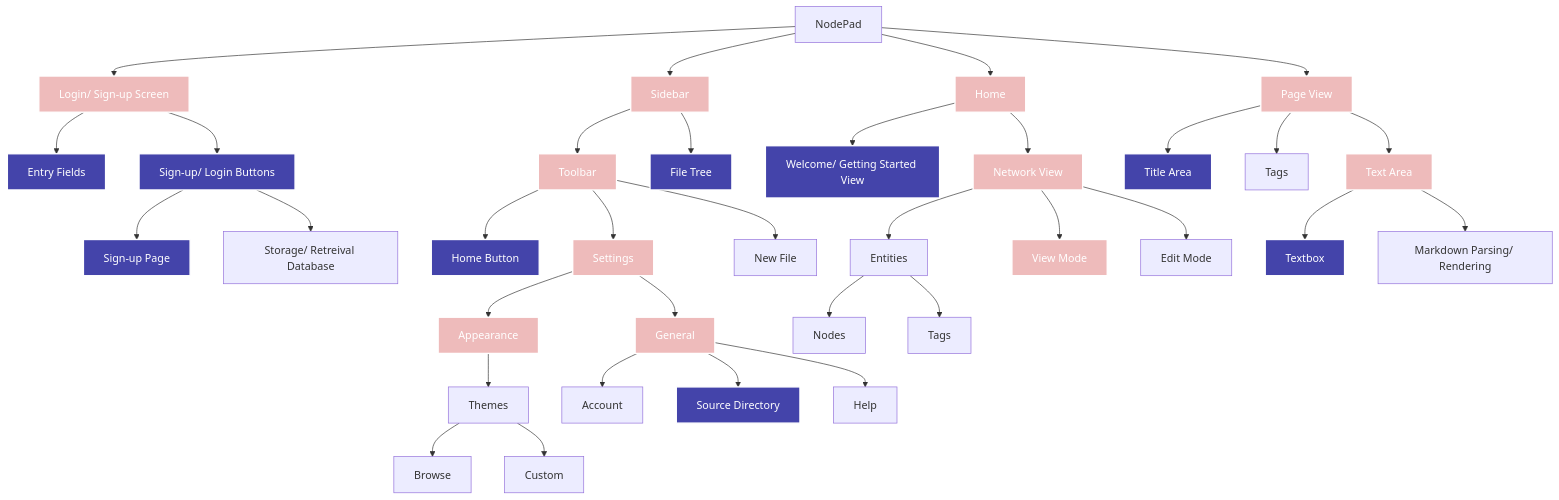
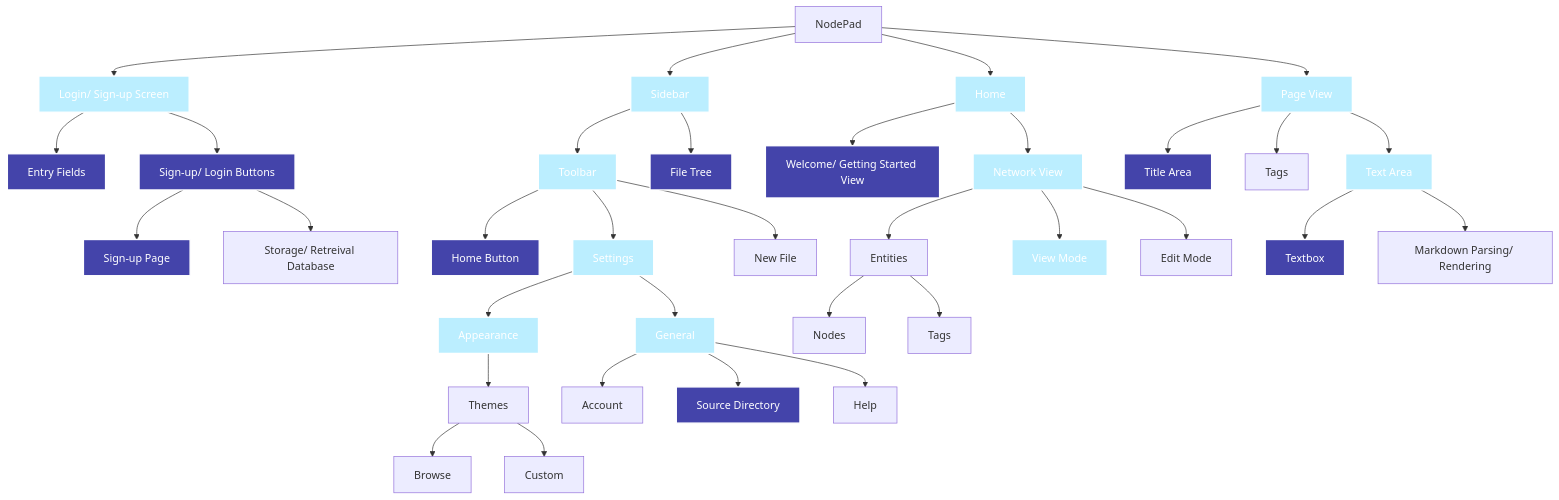
The diagram in Write-up/2 - Iterative Development/2.1-Iteration1/2.1.2-functionality_of_prototype.md (samcalthrop/NodePad), drawn with Mermaid before and after one commit.

Commit message:
testing mermaid diagram for write up

````diff
--- a/Write-up/2 - Iterative Development/2.1-Iteration1/2.1.2-functionality_of_prototype.md
+++ b/Write-up/2 - Iterative Development/2.1-Iteration1/2.1.2-functionality_of_prototype.md
@@ -6,44 +6,44 @@
 ```mermaid
 
 flowchart TD
 
 	A --> U[Login/ Sign-up Screen]:::highlight-half
 	U --> V[Entry Fields]:::highlight
 	U --> W[Sign-up/ Login Buttons]:::highlight
 	W --> Z[Sign-up Page]:::highlight
 	W --> ZA[Storage/ Retreival Database]
 
   A[NodePad] --> B[Sidebar]:::highlight-half
   B --> C[Toolbar]:::highlight-half
   B --> D[File Tree]:::highlight
   C --> E[Home Button]:::highlight
   C --> F[Settings]:::highlight-half
   F --> G[Appearance]:::highlight-half
   G --> H[Themes]
   H --> Browse
   H --> Custom
   F --> X[General]:::highlight-half
   X --> Account
   X --> Y[Source Directory]:::highlight
   X --> Help
   C --> J[New File]
 
   A --> K[Home]:::highlight-half
   K --> L[Welcome/ Getting Started View]:::highlight
   K --> M[Network View]:::highlight-half
   M --> N[Entities]
   N --> Nodes
   N --> Tags
   M --> O[View Mode]:::highlight-half
   M --> P[Edit Mode]
 
   A --> Q[Page View]:::highlight-half
   Q --> R[Title Area]:::highlight
   Q --> S[Tags]
   Q --> T[Text Area]:::highlight-half
   T --> ZB[Textbox]:::highlight
   T --> ZC[Markdown Parsing/ Rendering]
 
   classDef highlight fill:#44a,stroke:#fff,stroke-width:2px,color:#fff
-  classDef highlight-half fill:#ebb,stroke:#fff,stroke-width:2px,color:#fff
+  classDef highlight-half fill:#bef,stroke:#fff,stroke-width:2px,color:#fff
 ```
````
